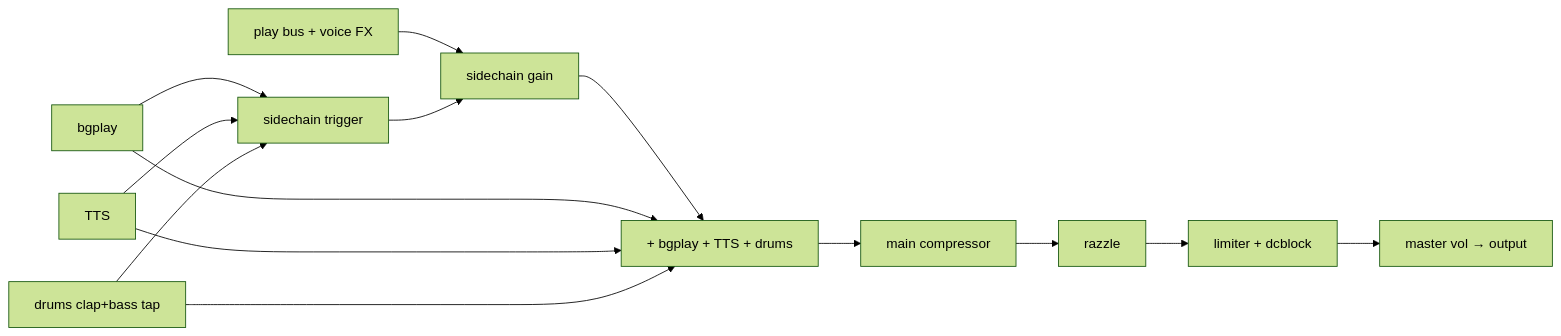
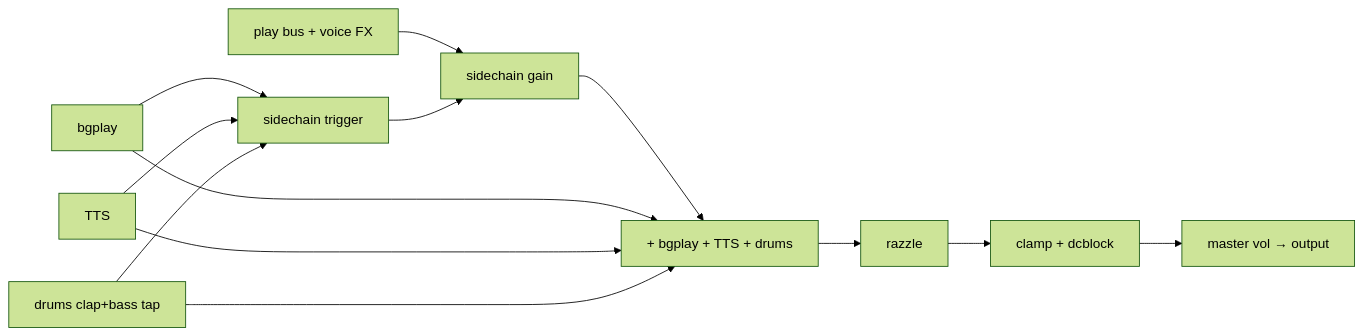
The second of 3 diagrams in zss/feature/synth/docs/implementation-matrix.md (goldbuick/zed-software-system), drawn with Mermaid (forest theme) before and after one commit. The commit also changed other lines of this file and 35 other files, not shown here.

````diff
--- a/zss/feature/synth/docs/implementation-matrix.md
+++ b/zss/feature/synth/docs/implementation-matrix.md
@@ -85,18 +85,17 @@
 ```mermaid
 flowchart LR
   play["play bus + voice FX"]
   duck["sidechain gain"]
   mix["+ bgplay + TTS + drums"]
-  comp["main compressor"]
   razz["razzle"]
-  lim["limiter + dcblock"]
+  lim["clamp + dcblock"]
   out["master vol → output"]
-  play --> duck --> mix --> comp --> razz --> lim --> out
+  play --> duck --> mix --> razz --> lim --> out
   bg["bgplay"] --> scTrigger["sidechain trigger"]
   tts["TTS"] --> scTrigger
   drums["drums clap+bass tap"] --> scTrigger
   scTrigger --> duck
   bg --> mix
   tts --> mix
   drums --> mix
 ```
````
